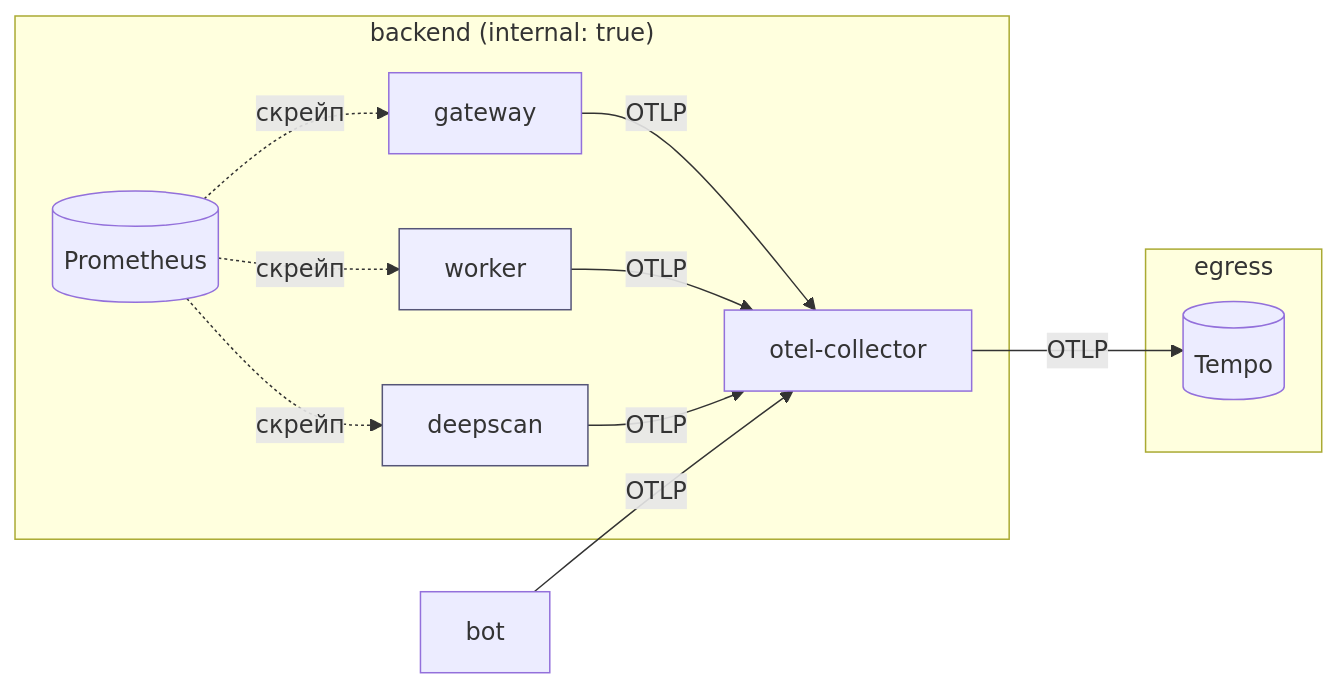
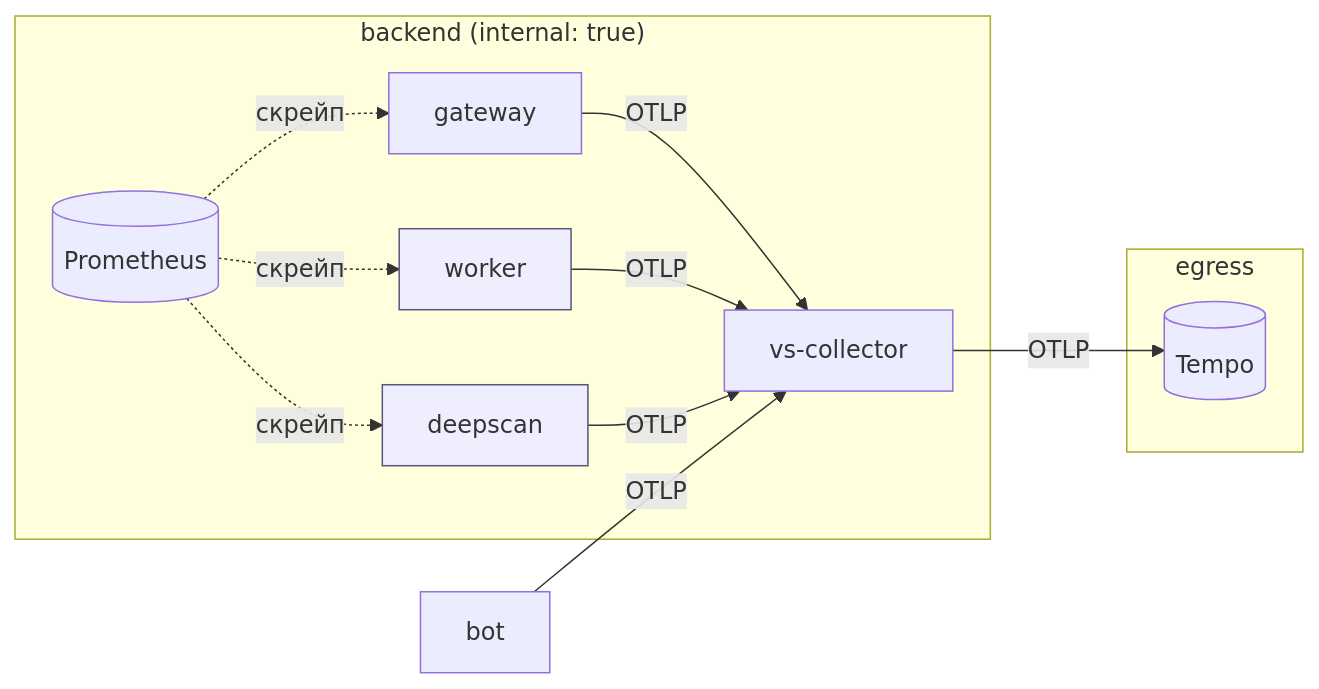
Diagram 20 of 21 in docs/architecture.md (dato-dev/vulnscan), drawn with Mermaid before and after one commit. The commit also changed 42 other files, not shown here.

````diff
--- a/docs/architecture.md
+++ b/docs/architecture.md
@@ -1074,17 +1074,17 @@
 ```mermaid
 flowchart LR
     subgraph backend["backend (internal: true)"]
-        GW[gateway] -->|OTLP| COL[otel-collector]
+        GW[gateway] -->|OTLP| COL[vs-collector]
         W[worker] -->|OTLP| COL
         DS[deepscan] -->|OTLP| COL
         PROM[(Prometheus)] -.->|скрейп| GW
         PROM -.->|скрейп| W
         PROM -.->|скрейп| DS
     end
     subgraph egress["egress"]
         COL -->|OTLP| TEMPO[(Tempo)]
     end
     BOT[bot] -->|OTLP| COL
     style W fill:#eef,stroke:#557
     style DS fill:#eef,stroke:#557
 ```
````
